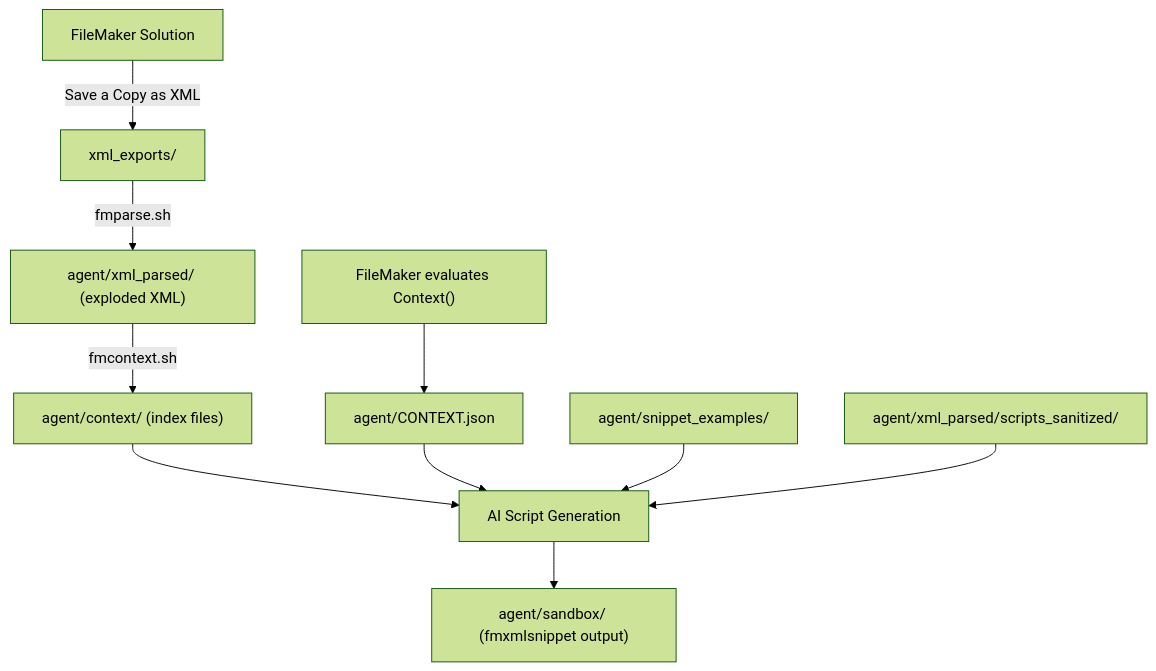
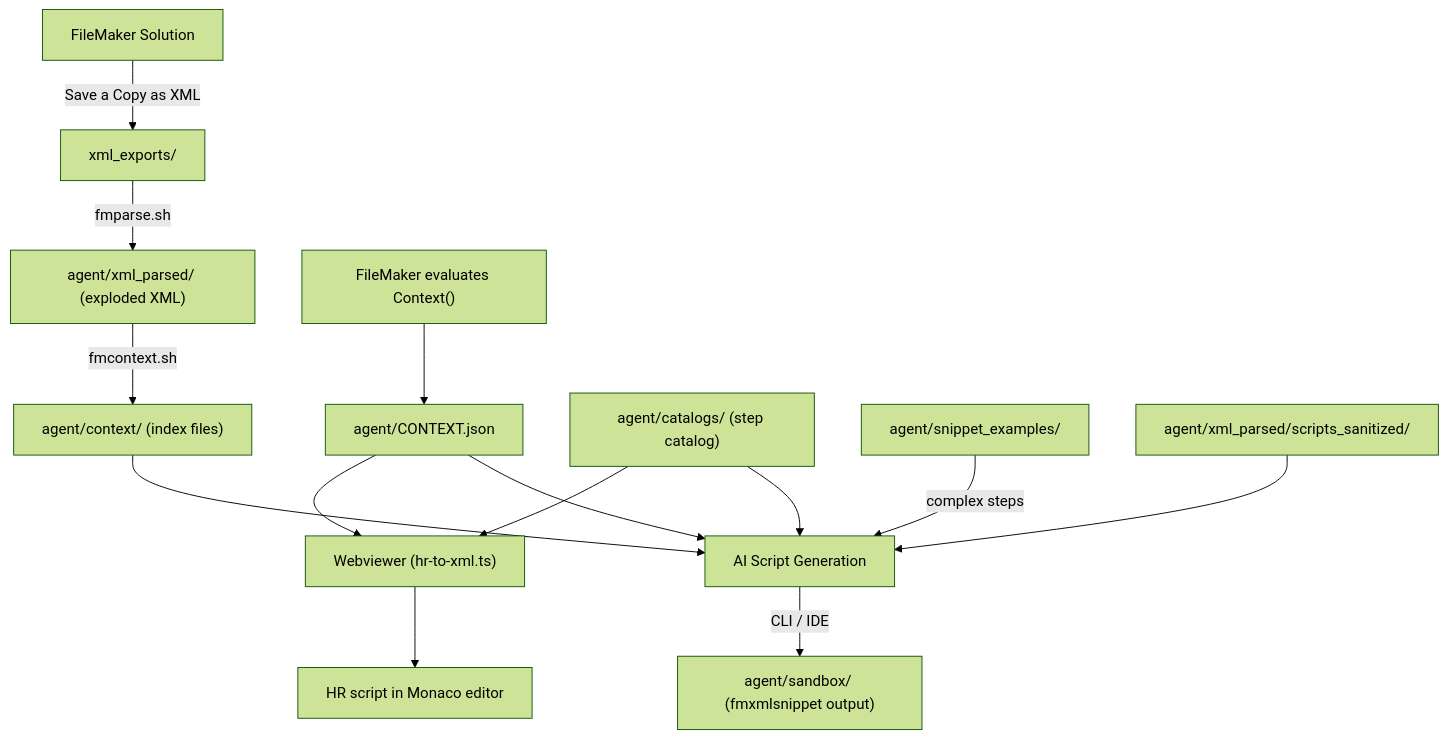
The diagram in ARCHITECTURE.md (emircajic/agentic-fm), drawn with Mermaid (forest theme) before and after one commit. The commit also changed other lines of this file and 13 other files, not shown here.

````diff
--- a/ARCHITECTURE.md
+++ b/ARCHITECTURE.md
@@ -7,12 +7,16 @@
 ```mermaid
 flowchart TD
     A["FileMaker Solution"] -->|"Save a Copy as XML"| B["xml_exports/"]
     B -->|"fmparse.sh"| C["agent/xml_parsed/ (exploded XML)"]
     C -->|"fmcontext.sh"| D["agent/context/ (index files)"]
     E["FileMaker evaluates Context()"] --> F["agent/CONTEXT.json"]
     D --> G["AI Script Generation"]
     F --> G
-    H["agent/snippet_examples/"] --> G
+    K["agent/catalogs/ (step catalog)"] --> G
+    H["agent/snippet_examples/"] -->|"complex steps"| G
     I["agent/xml_parsed/scripts_sanitized/"] --> G
-    G --> J["agent/sandbox/ (fmxmlsnippet output)"]
+    G -->|"CLI / IDE"| J["agent/sandbox/ (fmxmlsnippet output)"]
+    K --> L["Webviewer (hr-to-xml.ts)"]
+    F --> L
+    L --> M["HR script in Monaco editor"]
 ```
````
